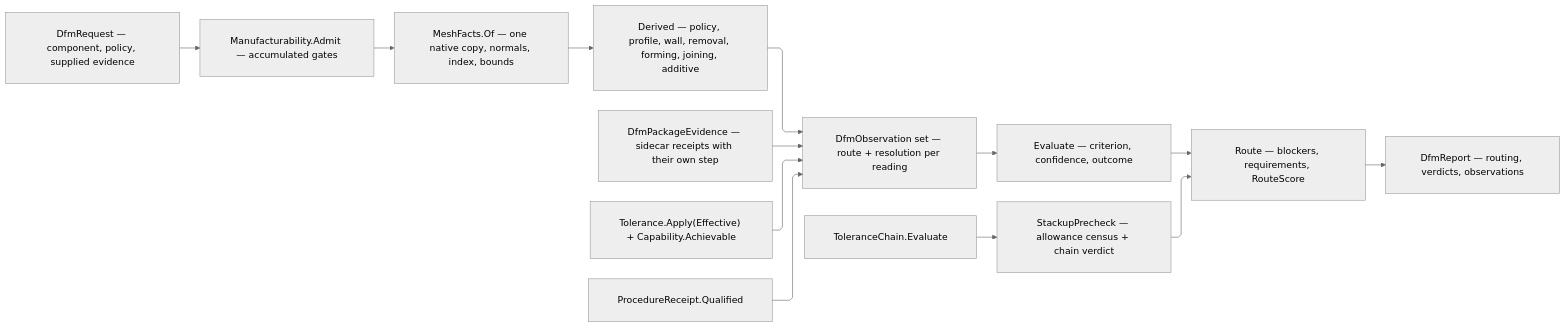
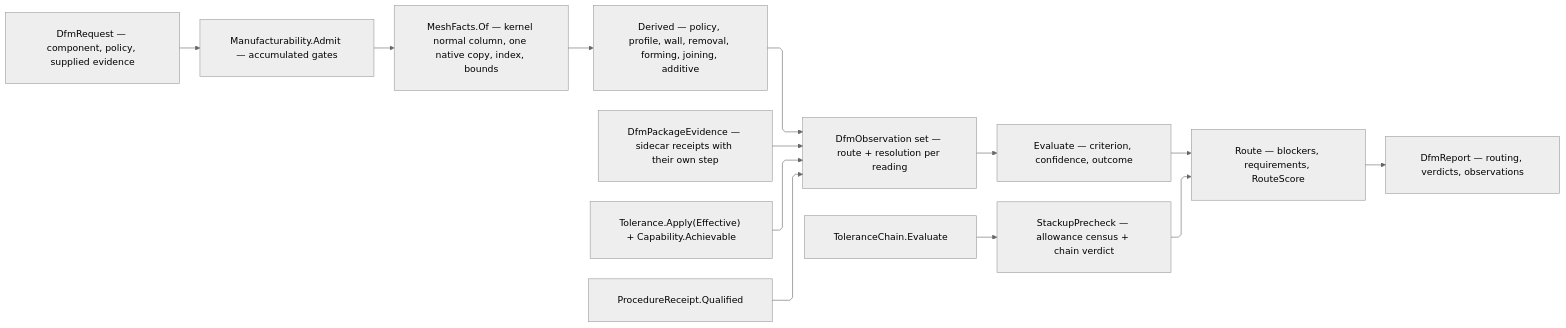
Before and after one commit to bsamiee/Rasm: the diagram in libs/csharp/Rasm.Fabrication/.planning/Spec/manufacturability.md, drawn with Mermaid (neutral theme). The commit also changed other lines of this file and 103 other files, not shown here.

````diff
--- a/libs/csharp/Rasm.Fabrication/.planning/Spec/manufacturability.md
+++ b/libs/csharp/Rasm.Fabrication/.planning/Spec/manufacturability.md
@@ -1460,24 +1460,24 @@
 ```mermaid
 ---
 config:
   layout: elk
   flowchart:
     curve: linear
     padding: 25
 ---
 flowchart LR
     accTitle: Manufacturability assessment fold
     accDescr: One admitted request builds a single mesh scratch, derives geometric, package, tolerance, and procedure observations each carrying its own resolution, evaluates parameterized rules into verdicts, ranks routes on weighted dimensionless burdens, and composes the tolerance chain receipt into one stackup precheck.
     Request["DfmRequest — component, policy, supplied evidence"] --> Admit["Manufacturability.Admit — accumulated gates"]
-    Admit --> Facts["MeshFacts.Of — one native copy, normals, index, bounds"]
+    Admit --> Facts["MeshFacts.Of — kernel normal column, one native copy, index, bounds"]
     Facts --> Derived["Derived — policy, profile, wall, removal, forming, joining, additive"]
     Package["DfmPackageEvidence — sidecar receipts with their own step"] --> Evidence
     Derived --> Evidence["DfmObservation set — route + resolution per reading"]
     Tolerance["Tolerance.Apply(Effective) + Capability.Achievable"] --> Evidence
     Procedure["ProcedureReceipt.Qualified"] --> Evidence
     Evidence --> Verdicts["Evaluate — criterion, confidence, outcome"]
     Verdicts --> Rows["Route — blockers, requirements, RouteScore"]
     Chain["ToleranceChain.Evaluate"] --> Stackup["StackupPrecheck — allowance census + chain verdict"]
     Stackup --> Rows
     Rows --> Report["DfmReport — routing, verdicts, observations"]
 ```
````
